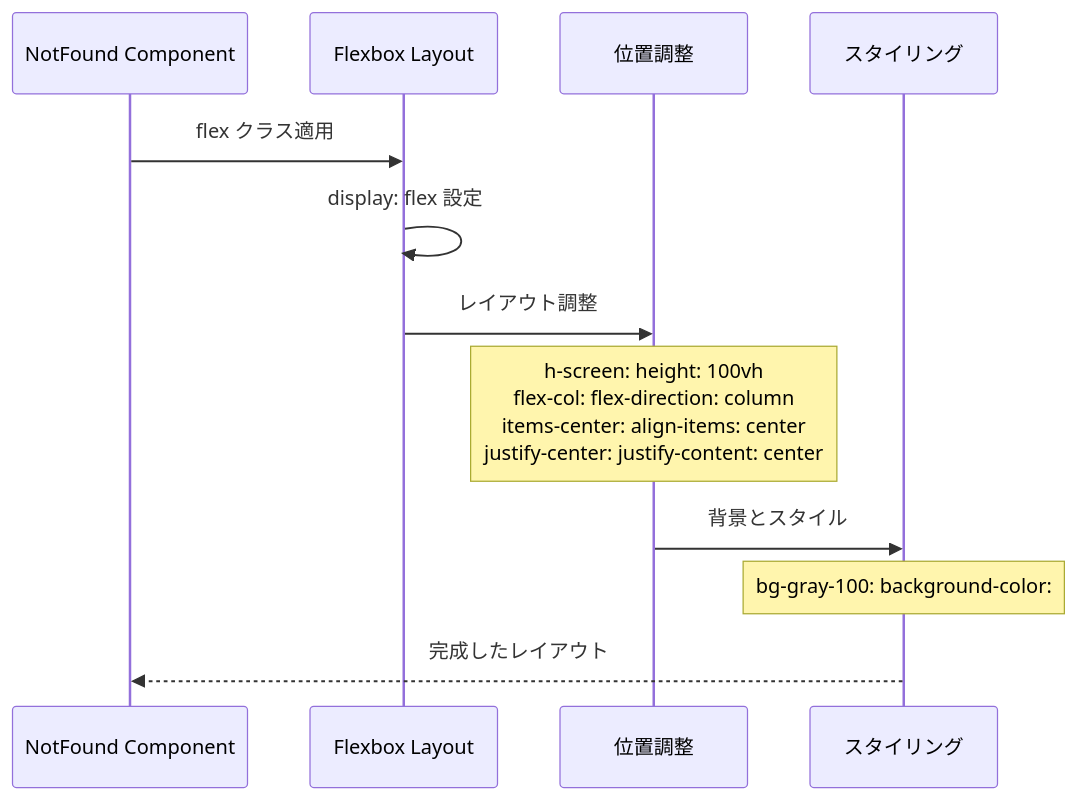
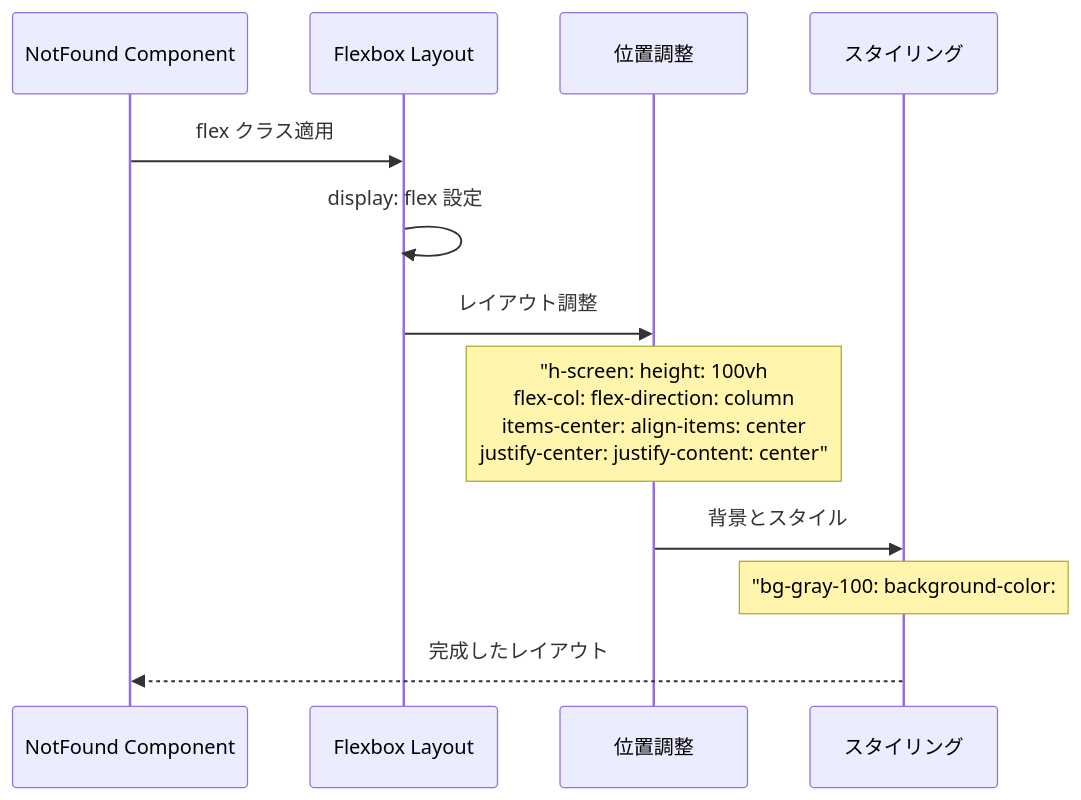
Before and after one commit to wasabi49/ocs-systemDevelopmentExercises: the eighth of 9 diagrams in document/pages/sequence/not-found.md, drawn with Mermaid. The commit also changed other lines of this file and 42 other files, not shown here.

First line of the commit message:
fix: mermaidシーケンス図のNote over文でダブルクォーテーション不足を修正

````diff
--- a/document/pages/sequence/not-found.md
+++ b/document/pages/sequence/not-found.md
@@ -172,18 +172,18 @@
 ```mermaid
 sequenceDiagram
     participant Component as NotFound Component
     participant FlexLayout as Flexbox Layout
     participant Positioning as 位置調整
     participant Styling as スタイリング
 
     Component->>FlexLayout: flex クラス適用
     FlexLayout->>FlexLayout: display: flex 設定
     
     FlexLayout->>Positioning: レイアウト調整
-    Note over Positioning: h-screen: height: 100vh<br/>flex-col: flex-direction: column<br/>items-center: align-items: center<br/>justify-center: justify-content: center
+    Note over Positioning: "h-screen: height: 100vh<br/>flex-col: flex-direction: column<br/>items-center: align-items: center<br/>justify-center: justify-content: center"
     
     Positioning->>Styling: 背景とスタイル
-    Note over Styling: bg-gray-100: background-color: #f3f4f6
+    Note over Styling: "bg-gray-100: background-color: #f3f4f6"
     
     Styling-->>Component: 完成したレイアウト
 ```
````
